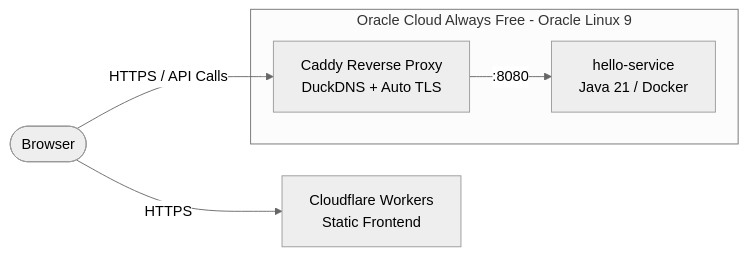
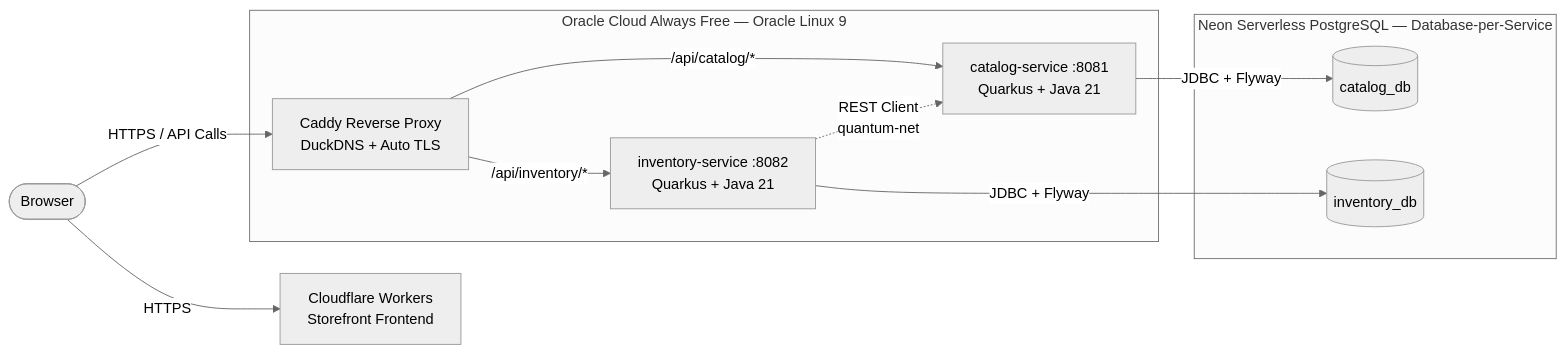
Before and after one commit to gbolanoscruz/quantum-store-poc: the diagram in README.md, drawn with Mermaid (neutral theme). The commit also changed other lines of this file and 8 other files, not shown here.

Commit message:
chore(cd,docs): decommission hello-service, optimize OCI deploy workflows, and sync docs

````diff
--- a/README.md
+++ b/README.md
@@ -7,8 +7,19 @@
 ```mermaid
 flowchart LR
-    User([Browser]) -->|HTTPS| CF[Cloudflare Workers<br/>Static Frontend]
+    User([Browser]) -->|HTTPS| CF[Cloudflare Workers<br/>Storefront Frontend]
     User -->|HTTPS / API Calls| Caddy[Caddy Reverse Proxy<br/>DuckDNS + Auto TLS]
-    subgraph OCI [Oracle Cloud Always Free - Oracle Linux 9]
-        Caddy -->|:8080| Hello[hello-service<br/>Java 21 / Docker]
+
+    subgraph OCI [Oracle Cloud Always Free — Oracle Linux 9]
+        Caddy -->|/api/catalog/*| Catalog[catalog-service :8081<br/>Quarkus + Java 21]
+        Caddy -->|/api/inventory/*| Inventory[inventory-service :8082<br/>Quarkus + Java 21]
+        Inventory -.->|REST Client<br/>quantum-net| Catalog
     end
+
+    subgraph Neon [Neon Serverless PostgreSQL — Database-per-Service]
+        CatalogDB[(catalog_db)]
+        InventoryDB[(inventory_db)]
+    end
+
+    Catalog -->|JDBC + Flyway| CatalogDB
+    Inventory -->|JDBC + Flyway| InventoryDB
 ```
````
